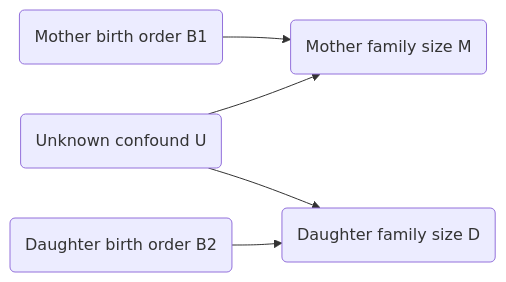
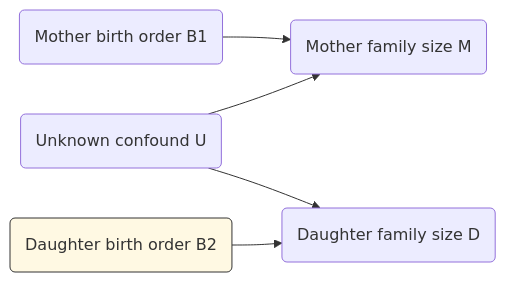
The diagram in blog_posts/regression_richard_mcelreath.md (erikaduan/textbook_notes), drawn with Mermaid before and after one commit. The commit also changed other lines of this file and 1 other file, not shown here.

````diff
--- a/blog_posts/regression_richard_mcelreath.md
+++ b/blog_posts/regression_richard_mcelreath.md
@@ -97,8 +98,10 @@
 ``` mermaid
 flowchart LR  
   A(Mother birth order B1) --> B(Mother family size M) 
   C(Unknown confound U) --> B(Mother family size M) 
   
   D(Daughter birth order B2) --> E(Daughter family size D) 
   C(Unknown confound U) --> E(Daughter family size D) 
+  
+  style D fill:#Fff9e3,stroke:#333
 ```
````
